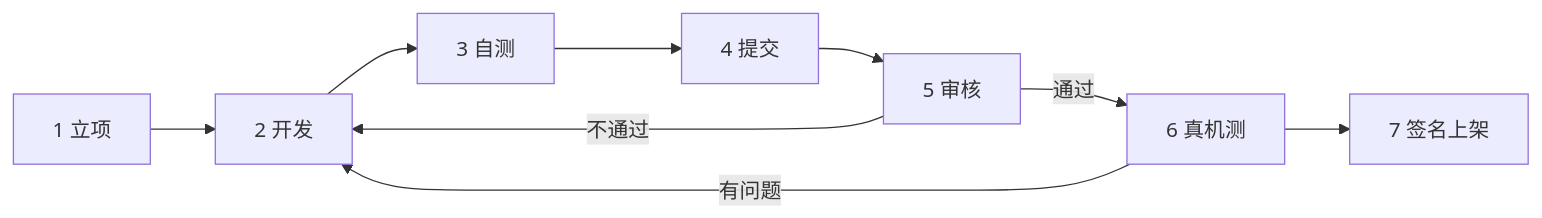
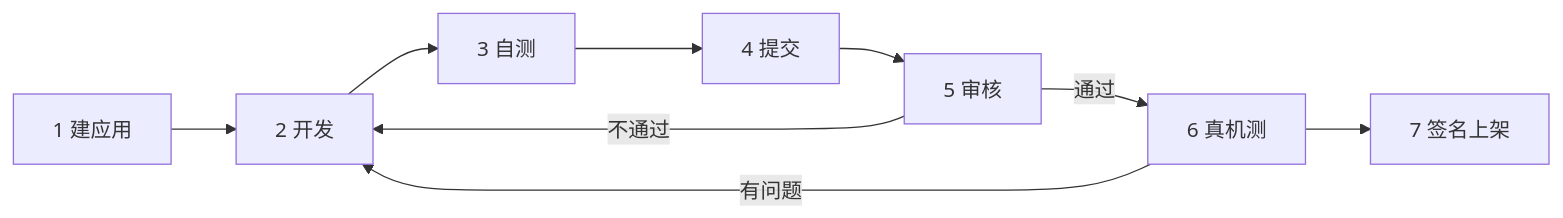
The diagram in docs/from-idea-to-store.md (vzheng56/tikpal-devkit), drawn with Mermaid before and after one commit. The commit also changed other lines of this file and 140 other files, not shown here.

````diff
--- a/docs/from-idea-to-store.md
+++ b/docs/from-idea-to-store.md
@@ -7,7 +7,7 @@
 ```mermaid
 flowchart LR
-  A["1 立项"] --> B["2 开发"] --> C["3 自测"] --> D["4 提交"]
+  A["1 建应用"] --> B["2 开发"] --> C["3 自测"] --> D["4 提交"]
   D --> E["5 审核"] -- 通过 --> F["6 真机测"] --> G["7 签名上架"]
   E -- 不通过 --> B
   F -- 有问题 --> B
 ```
````
